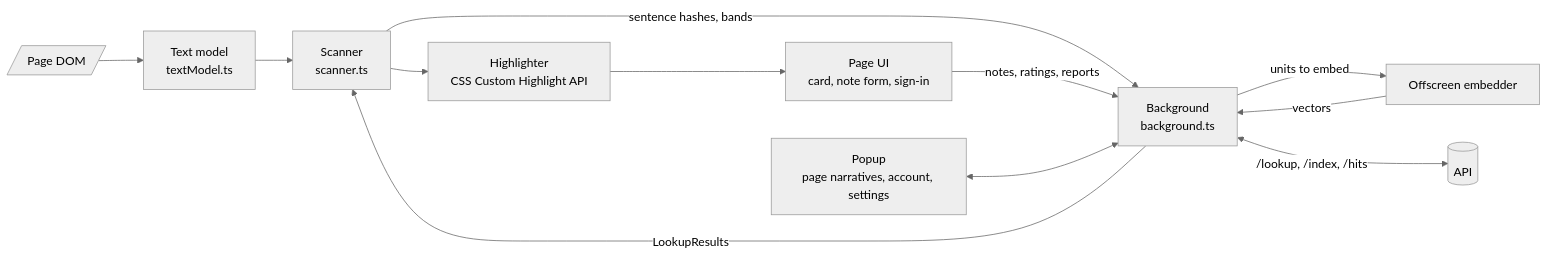
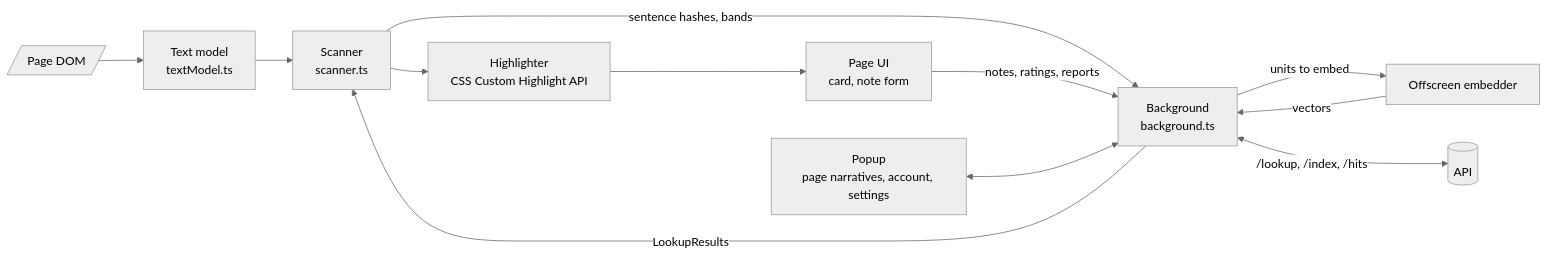
Before and after one commit to nlinnanen/konklaavi: the third of 4 diagrams in docs/components.md, drawn with Mermaid (neutral theme). The commit also changed other lines of this file and 27 other files, not shown here.

````diff
--- a/docs/components.md
+++ b/docs/components.md
@@ -69,14 +69,14 @@
 ```mermaid
 flowchart LR
   DOM[/Page DOM/] --> TM["Text model<br/>textModel.ts"]
   TM --> Scan["Scanner<br/>scanner.ts"]
   Scan -->|"sentence hashes, bands"| BG["Background<br/>background.ts"]
   BG -->|units to embed| Off["Offscreen embedder"]
   Off -->|vectors| BG
   BG <-->|"/lookup, /index, /hits"| API[(API)]
   BG -->|LookupResults| Scan
   Scan --> HL["Highlighter<br/>CSS Custom Highlight API"]
-  HL --> UI["Page UI<br/>card, note form, sign-in"]
+  HL --> UI["Page UI<br/>card, note form"]
   UI -->|"notes, ratings, reports"| BG
   Pop["Popup<br/>page narratives, account, settings"] <--> BG
 ```
````
